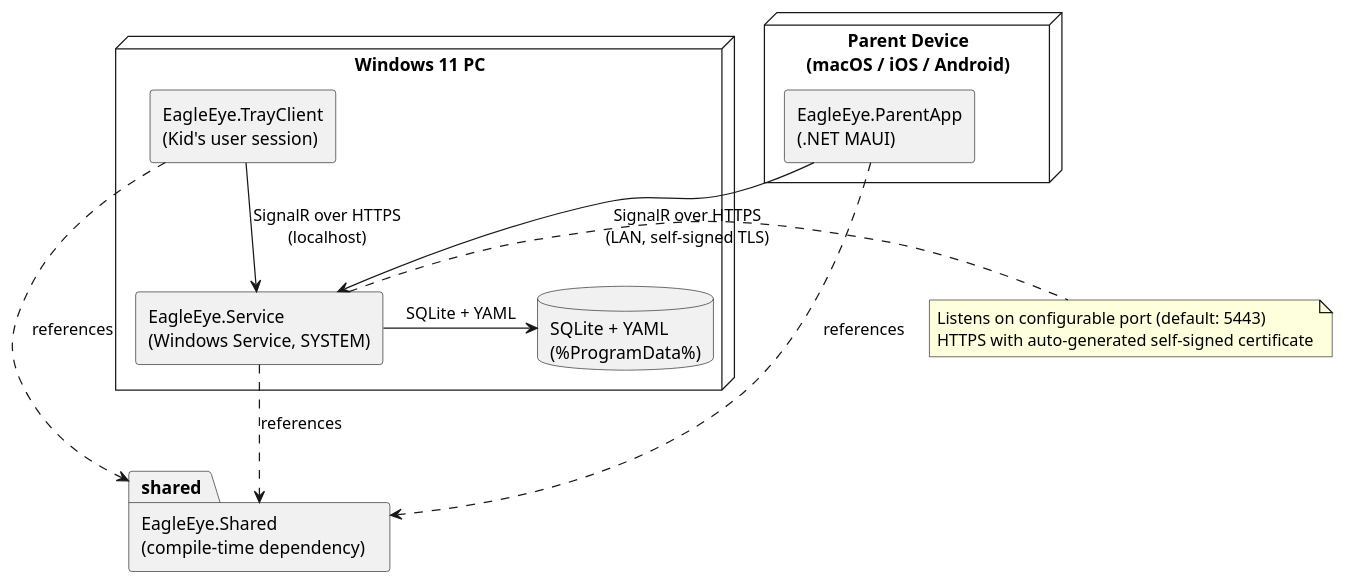
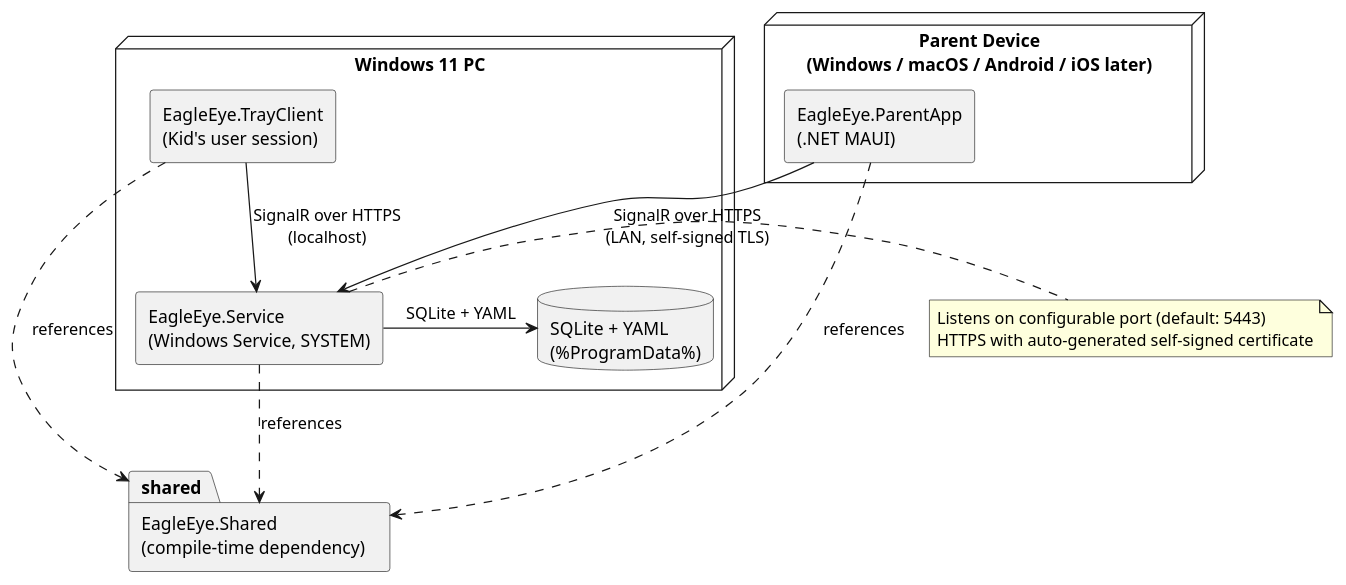
The second of 14 diagrams in 02_Implementation/docs/architecture/arc42/system-architecture.md (adlemich/EagleEye), drawn with PlantUML before and after one commit. The commit also changed other lines of this file and 46 other files, not shown here.

Commit message:
Modifed project structure to support dual machine development and manual testing. Added new documentation for dev environments, testing, and updated existing architecture and requirements documentation. Updated scripts for environment checks and build processes.

````diff
--- a/02_Implementation/docs/architecture/arc42/system-architecture.md
+++ b/02_Implementation/docs/architecture/arc42/system-architecture.md
@@ -134,30 +138,30 @@
 ```plantuml
 @startuml EagleEye Technical Context
 skinparam componentStyle rectangle
 
 node "Windows 11 PC" as winbox {
   component "EagleEye.Service\n(Windows Service, SYSTEM)" as svc
   component "EagleEye.TrayClient\n(Kid's user session)" as tray
   database "SQLite + YAML\n(%ProgramData%)" as store
 }
 
-node "Parent Device\n(macOS / iOS / Android)" as parentdev {
+node "Parent Device\n(Windows / macOS / Android / iOS later)" as parentdev {
   component "EagleEye.ParentApp\n(.NET MAUI)" as app
 }
 
 package "EagleEye.Shared\n(compile-time dependency)" as shared {
 }
 
 app -down-> svc : SignalR over HTTPS\n(LAN, self-signed TLS)
 tray -down-> svc : SignalR over HTTPS\n(localhost)
 svc -right-> store : SQLite + YAML
 svc ..> shared : references
 app ..> shared : references
 tray ..> shared : references
 
 note right of svc
   Listens on configurable port (default: 5443)
   HTTPS with auto-generated self-signed certificate
 end note
 @enduml
 ```
````
